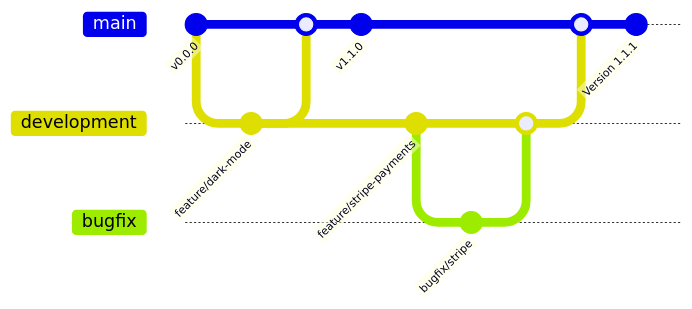
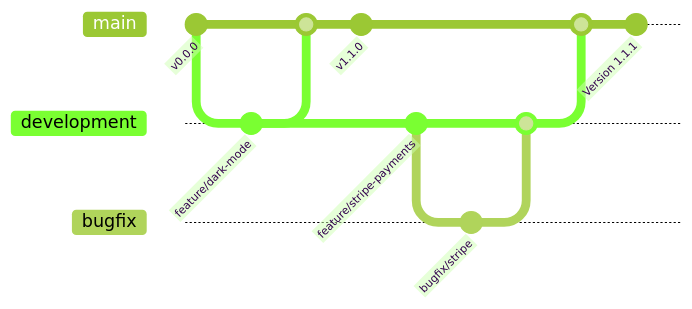
One commit to BennyWG25/BookingApp changed the diagram in Management/Naming Convention with Change management.md. Above: the diagram before and after it, drawn with Mermaid. The commit also changed 1 other file, not shown here.

Commit message:
vault backup: 2026-02-23 17:10:52

````diff
--- a/Management/Naming Convention with Change management.md
+++ b/Management/Naming Convention with Change management.md
@@ -28,18 +28,23 @@
 ```mermaid
+---
+config:
+    theme: 'forest'
+---
+
 gitGraph
 	commit id:"v0.0.0"
 	branch development
 	commit id:"feature/dark-mode"
 	checkout main
 	merge development
 	commit id:"v1.1.0"
 	checkout development
 	commit id:"feature/stripe-payments"
 	branch bugfix
 	commit id:"bugfix/stripe"
 	checkout development 
 	merge bugfix
 	checkout main
 	merge development
 	commit id:"Version 1.1.1"
 ```
````
